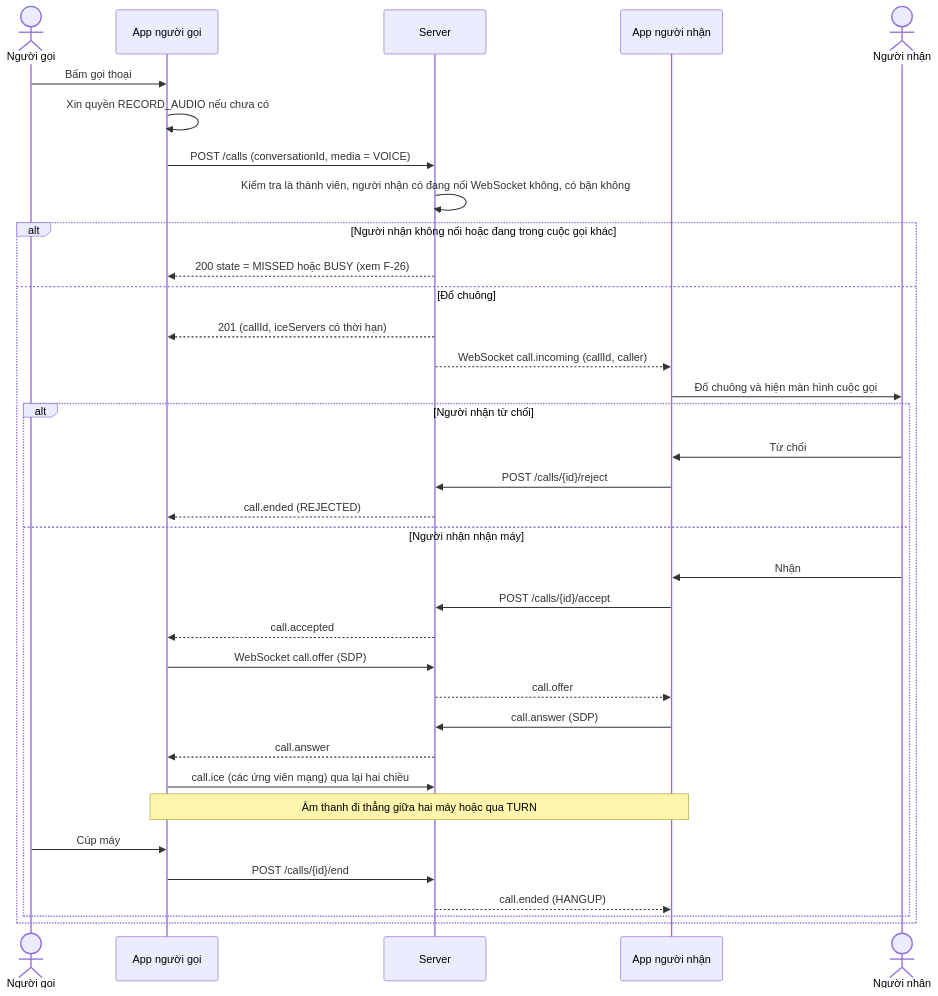
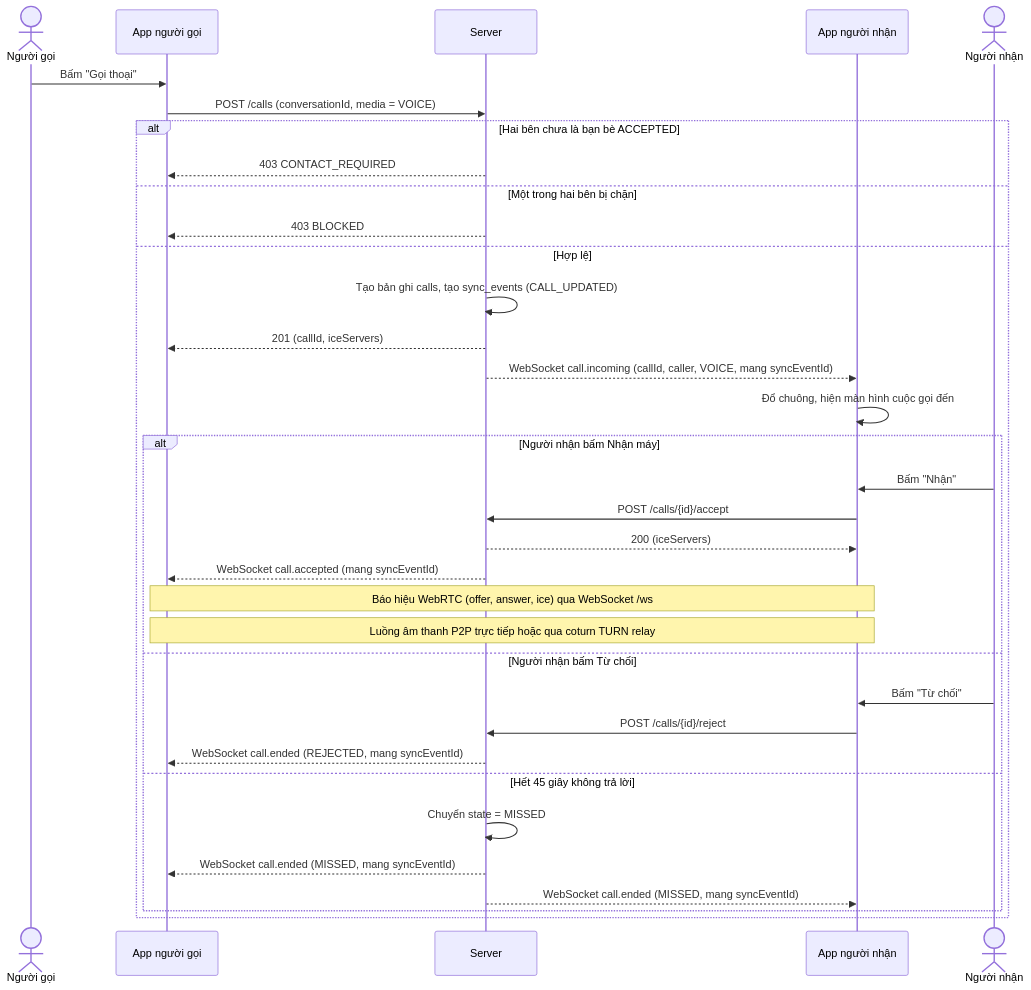
The ninth of 10 diagrams in docs/FLOWS.md (Project-Mobile-TEAM/Project_Mobile), drawn with Mermaid before and after one commit. The commit also changed other lines of this file and 8 other files, not shown here.

Commit message:
docs: complete architecture specifications, API contract and deployment security

````diff
--- a/docs/FLOWS.md
+++ b/docs/FLOWS.md
@@ -405,37 +365,36 @@
 ```mermaid
 sequenceDiagram
     actor C as Người gọi
     participant CA as App người gọi
     participant S as Server
     participant EA as App người nhận
     actor E as Người nhận
-    C->>CA: Bấm gọi thoại
-    CA->>CA: Xin quyền RECORD_AUDIO nếu chưa có
+    C->>CA: Bấm "Gọi thoại"
     CA->>S: POST /calls (conversationId, media = VOICE)
-    S->>S: Kiểm tra là thành viên, người nhận có đang nối WebSocket không, có bận không
-    alt Người nhận không nối hoặc đang trong cuộc gọi khác
-        S-->>CA: 200 state = MISSED hoặc BUSY (xem F-26)
-    else Đổ chuông
-        S-->>CA: 201 (callId, iceServers có thời hạn)
-        S-->>EA: WebSocket call.incoming (callId, caller)
-        EA->>E: Đổ chuông và hiện màn hình cuộc gọi
-        alt Người nhận từ chối
-            E->>EA: Từ chối
+    alt Hai bên chưa là bạn bè ACCEPTED
+        S-->>CA: 403 CONTACT_REQUIRED
+    else Một trong hai bên bị chặn
+        S-->>CA: 403 BLOCKED
+    else Hợp lệ
+        S->>S: Tạo bản ghi calls, tạo sync_events (CALL_UPDATED)
+        S-->>CA: 201 (callId, iceServers)
+        S-->>EA: WebSocket call.incoming (callId, caller, VOICE, mang syncEventId)
+        EA->>EA: Đổ chuông, hiện màn hình cuộc gọi đến
+        alt Người nhận bấm Nhận máy
+            E->>EA: Bấm "Nhận"
+            EA->>S: POST /calls/{id}/accept
+            S-->>EA: 200 (iceServers)
+            S-->>CA: WebSocket call.accepted (mang syncEventId)
+            Note over CA,EA: Báo hiệu WebRTC (offer, answer, ice) qua WebSocket /ws
+            Note over CA,EA: Luồng âm thanh P2P trực tiếp hoặc qua coturn TURN relay
+        else Người nhận bấm Từ chối
+            E->>EA: Bấm "Từ chối"
             EA->>S: POST /calls/{id}/reject
-            S-->>CA: call.ended (REJECTED)
-        else Người nhận nhận máy
-            E->>EA: Nhận
-            EA->>S: POST /calls/{id}/accept
-            S-->>CA: call.accepted
-            CA->>S: WebSocket call.offer (SDP)
-            S-->>EA: call.offer
-            EA->>S: call.answer (SDP)
-            S-->>CA: call.answer
-            CA->>S: call.ice (các ứng viên mạng) qua lại hai chiều
-            Note over CA,EA: Âm thanh đi thẳng giữa hai máy hoặc qua TURN
-            C->>CA: Cúp máy
-            CA->>S: POST /calls/{id}/end
-            S-->>EA: call.ended (HANGUP)
+            S-->>CA: WebSocket call.ended (REJECTED, mang syncEventId)
+        else Hết 45 giây không trả lời
+            S->>S: Chuyển state = MISSED
+            S-->>CA: WebSocket call.ended (MISSED, mang syncEventId)
+            S-->>EA: WebSocket call.ended (MISSED, mang syncEventId)
         end
     end
 ```
````
